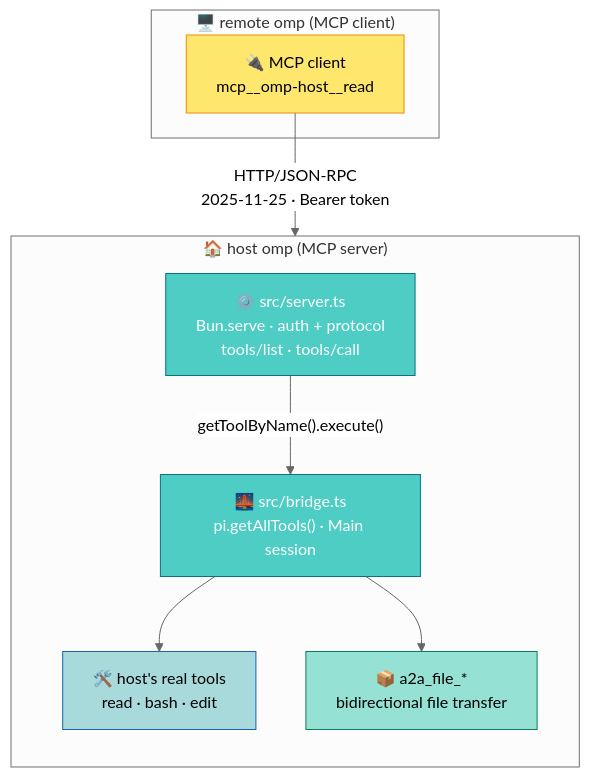
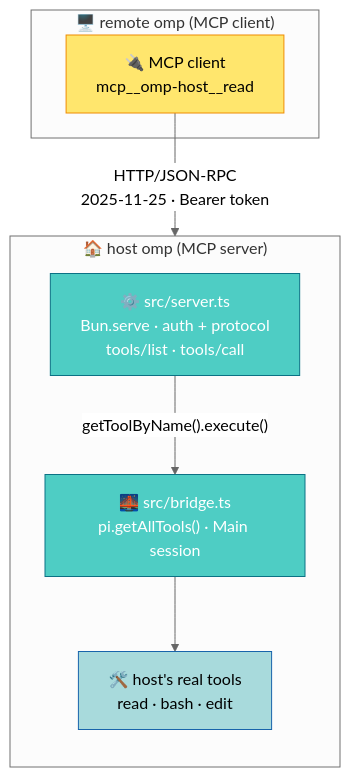
The diagram in README.md (adam-ikari/pi-a2a-ext), drawn with Mermaid (neutral theme) before and after one commit. The commit also changed other lines of this file and 24 other files, not shown here.

````diff
--- a/README.md
+++ b/README.md
@@ -9,29 +9,25 @@
 ```mermaid
 graph TB
     subgraph Remote["🖥️ remote omp (MCP client)"]
         Client["🔌 MCP client<br/>mcp__omp-host__read"]
     end
 
     subgraph Host["🏠 host omp (MCP server)"]
         direction TB
         Serve["⚙️ src/server.ts<br/>Bun.serve · auth + protocol<br/>tools/list · tools/call"]
         Bridge["🌉 src/bridge.ts<br/>pi.getAllTools() · Main session"]
         Tools["🛠️ host's real tools<br/>read · bash · edit"]
-        Files["📦 a2a_file_*<br/>bidirectional file transfer"]
 
         Serve -->|"getToolByName().execute()"| Bridge
         Bridge --> Tools
-        Bridge --> Files
     end
 
     Client -->|"HTTP/JSON-RPC<br/>2025-11-25 · Bearer token"| Serve
 
     classDef client fill:#FFE66D,stroke:#F08C00,color:#000
     classDef server fill:#4ECDC4,stroke:#0B7285,color:#fff
     classDef tool fill:#A8DADC,stroke:#1864AB,color:#000
-    classDef owned fill:#95E1D3,stroke:#087F5B,color:#000
     class Client client
     class Serve,Bridge server
     class Tools tool
-    class Files owned
 ```
````
